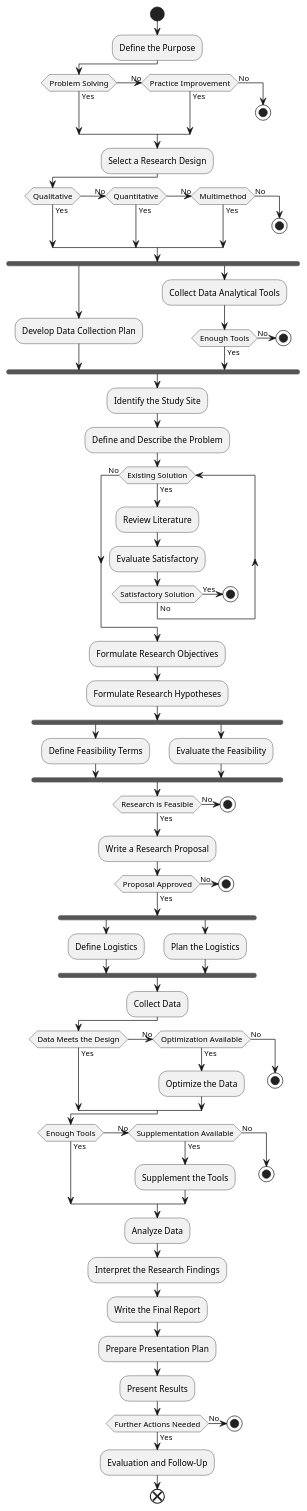
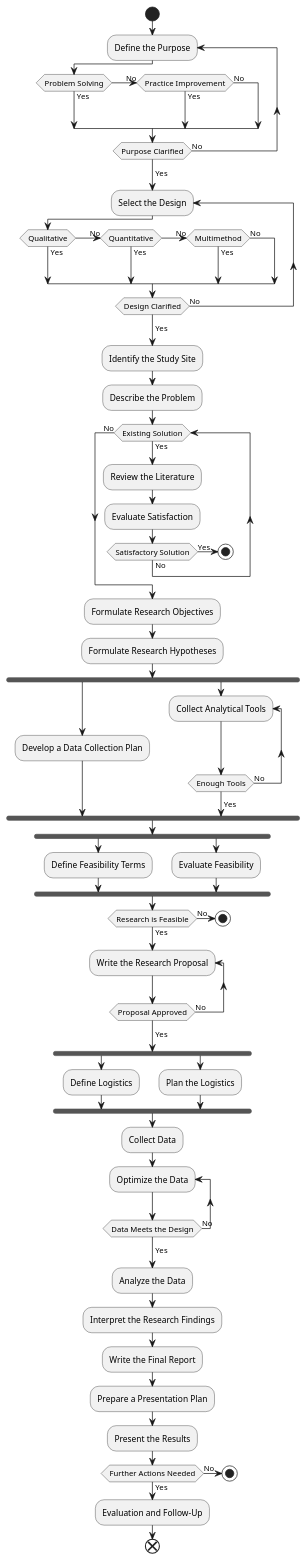
Before and after one commit to khasanshadiyarov/ABC: the diagram in diagrams/applied-research-conduction/applied-research-conduction.md, drawn with PlantUML. The commit also changed 2 other files, not shown here.

Commit message:
Reduce stop points

````diff
--- a/diagrams/applied-research-conduction/applied-research-conduction.md
+++ b/diagrams/applied-research-conduction/applied-research-conduction.md
@@ -11,82 +11,71 @@
 ```plantuml
 @startuml
 start
-:Define the Purpose;
-if (Problem Solving) then (Yes)
-(No) elseif (Practice Improvement) then (Yes)
-else (No)
-    stop
-endif
-:Select a Research Design;
-if (Qualitative) then (Yes)
-(No) elseif (Quantitative) then (Yes)
-(No) elseif (Multimethod) then (Yes)
-else (No)
-    stop
-endif
-fork
-    :Develop Data Collection Plan;
-fork again
-    :Collect Data Analytical Tools;
-    if (Enough Tools) then (Yes)
+repeat :Define the Purpose;
+    if (Problem Solving) then (Yes)
+    (No) elseif (Practice Improvement) then (Yes)
     else (No)
-        stop
     endif
-endfork
+repeat while (Purpose Clarified) is (No)
+->Yes;
+repeat :Select the Design;
+    if (Qualitative) then (Yes)
+    (No) elseif (Quantitative) then (Yes)
+    (No) elseif (Multimethod) then (Yes)
+    else (No)
+    endif
+repeat while (Design Clarified) is (No)
+->Yes;
 :Identify the Study Site;
-:Define and Describe the Problem;
+:Describe the Problem;
 while (Existing Solution) is (Yes)
-    :Review Literature;
-    :Evaluate Satisfactory;
+    :Review the Literature;
+    :Evaluate Satisfaction;
     if (Satisfactory Solution) then (Yes)
         stop
     else (No)
     endif
 endwhile (No)
 :Formulate Research Objectives;
 :Formulate Research Hypotheses;
 fork
+    :Develop a Data Collection Plan;
+fork again
+    repeat :Collect Analytical Tools;
+    repeat while (Enough Tools) is (No)
+    ->Yes;
+endfork
+fork
     :Define Feasibility Terms;
 fork again
-    :Evaluate the Feasibility;
+    :Evaluate Feasibility;
 endfork
 if (Research is Feasible) then (Yes)
 else (No)
     stop
 endif
-:Write a Research Proposal;
-if (Proposal Approved) then (Yes)
-else (No)
-    stop
-endif
+repeat :Write the Research Proposal;
+repeat while (Proposal Approved) is (No)
+->Yes;
 fork
     :Define Logistics;
 fork again
     :Plan the Logistics;
 endfork
 :Collect Data;
-if (Data Meets the Design) then (Yes)
-(No) elseif (Optimization Available) then (Yes)
-    :Optimize the Data;
-else (No)
-    stop
-endif
-if (Enough Tools) then (Yes)
-(No) elseif (Supplementation Available) then (Yes)
-    :Supplement the Tools;
-else (No)
-    stop
-endif
-:Analyze Data;
+repeat :Optimize the Data;
+repeat while (Data Meets the Design) is (No)
+->Yes;
+:Analyze the Data;
 :Interpret the Research Findings;
 :Write the Final Report;
-:Prepare Presentation Plan;
-:Present Results;
+:Prepare a Presentation Plan;
+:Present the Results;
 if (Further Actions Needed) then (Yes)
     :Evaluation and Follow-Up;
     end
 else (No)
     stop
 endif
 @enduml
 ```
````
